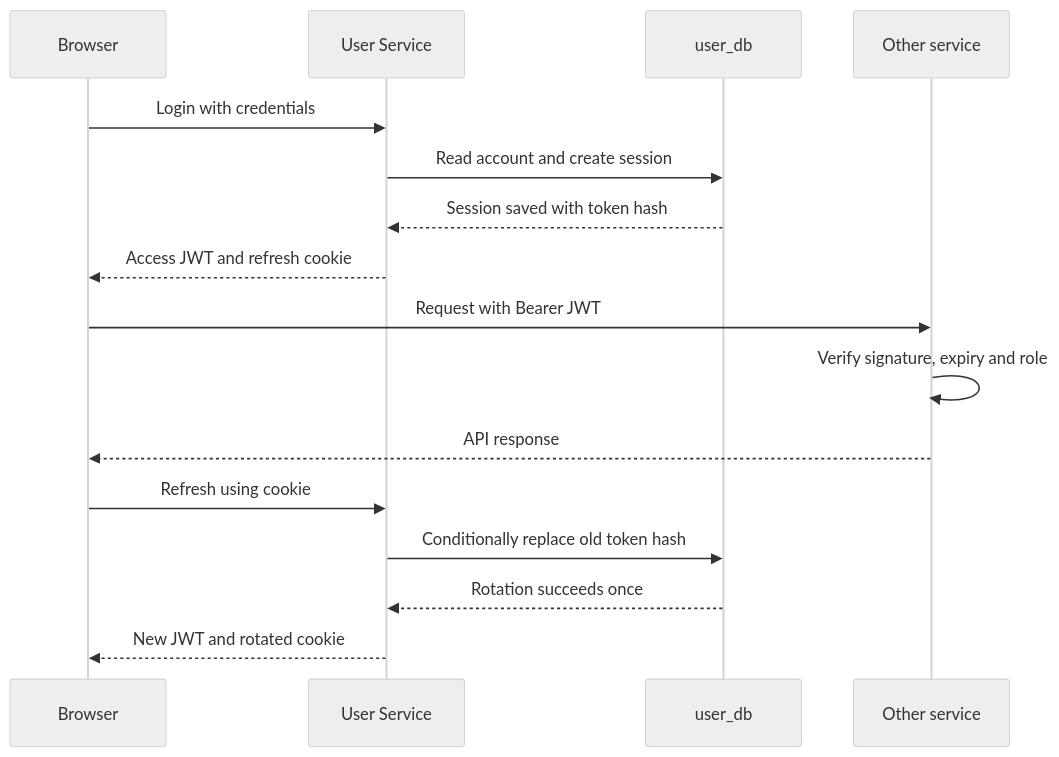
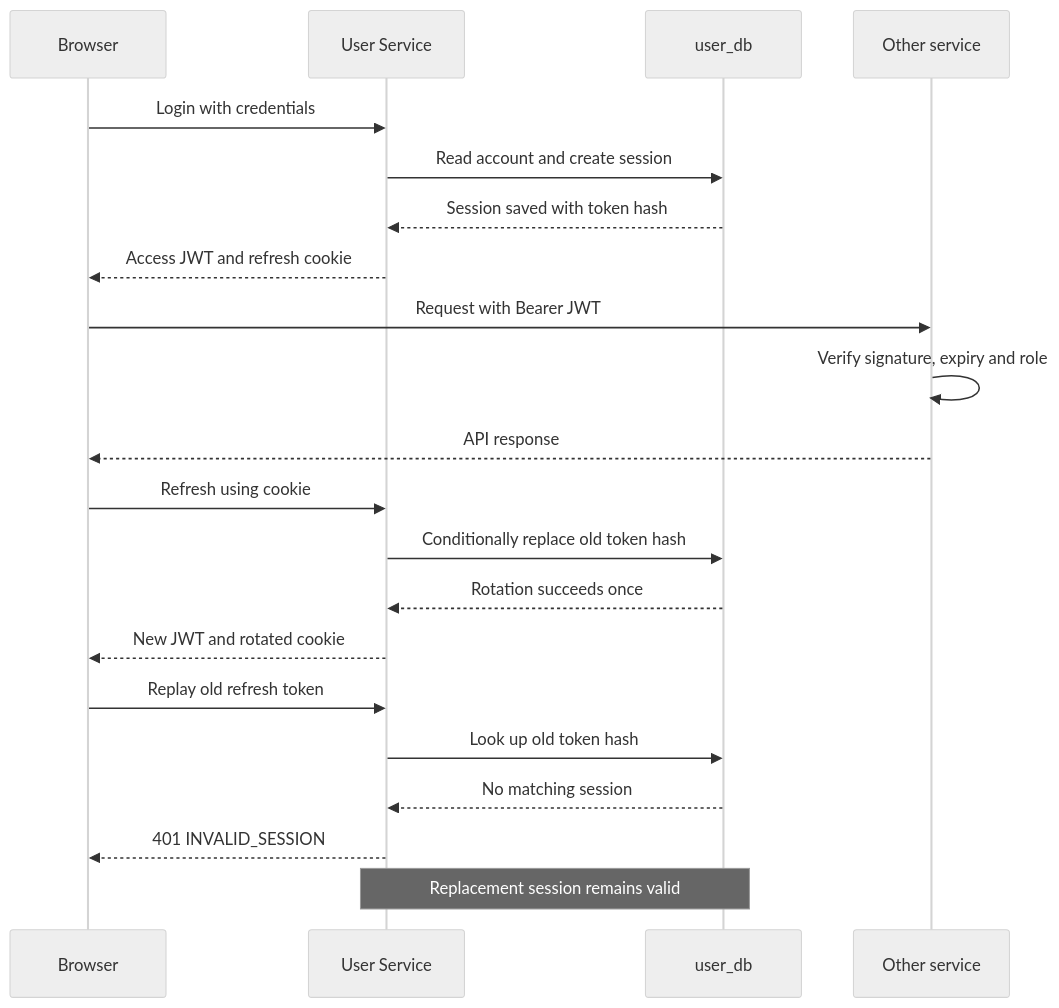
One commit to AY2627S1-CS3219-P25/friend-on-campus changed the diagram in docs/services/user-service/README.md. Above: the diagram before and after it, drawn with Mermaid (neutral theme). The commit also changed other lines of this file and 14 other files, not shown here.

Commit message:
docs: expand developer explanations and recovery diagrams

````diff
--- a/docs/services/user-service/README.md
+++ b/docs/services/user-service/README.md
@@ -36,19 +46,24 @@
 ```mermaid
 %% AI-generated (edited by Reallyeasy1)
 sequenceDiagram
     participant Browser
     participant User as User Service
     participant DB as user_db
     participant API as Other service
     Browser->>User: Login with credentials
     User->>DB: Read account and create session
     DB-->>User: Session saved with token hash
     User-->>Browser: Access JWT and refresh cookie
     Browser->>API: Request with Bearer JWT
     API->>API: Verify signature, expiry and role
     API-->>Browser: API response
     Browser->>User: Refresh using cookie
     User->>DB: Conditionally replace old token hash
     DB-->>User: Rotation succeeds once
     User-->>Browser: New JWT and rotated cookie
+    Browser->>User: Replay old refresh token
+    User->>DB: Look up old token hash
+    DB-->>User: No matching session
+    User-->>Browser: 401 INVALID_SESSION
+    Note over User,DB: Replacement session remains valid
 ```
````
